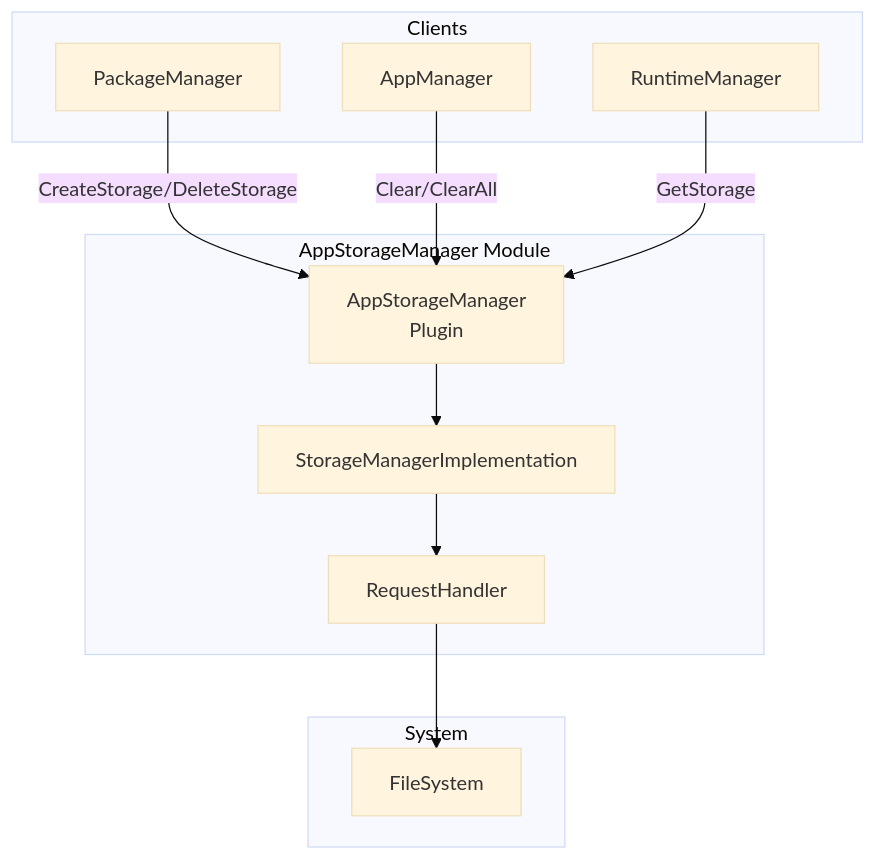
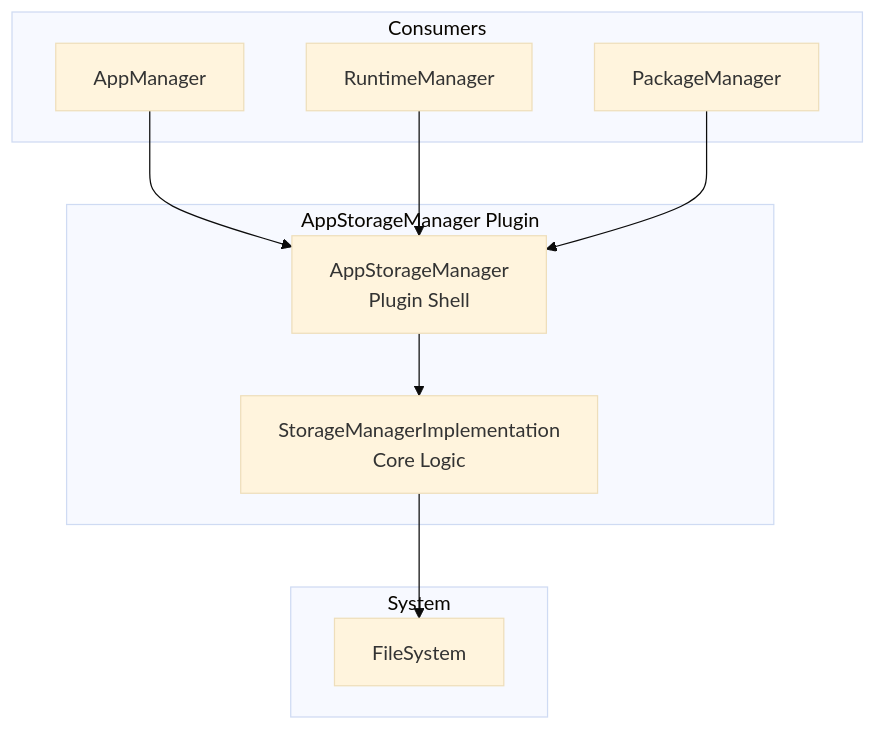
One commit to rdkcentral/entservices-appmanagers changed the first of 4 diagrams in AppStorageManager/AppStorageManager.md. Above: the diagram before and after it, drawn with Mermaid (base theme). The commit also changed other lines of this file and 19 other files, not shown here.

````diff
--- a/AppStorageManager/AppStorageManager.md
+++ b/AppStorageManager/AppStorageManager.md
@@ -25,25 +30,23 @@
 ```mermaid
 graph TB
-    subgraph "AppStorageManager Module"
-        ASM[AppStorageManager<br/>Plugin]
-        ASMI[StorageManagerImplementation]
-        RH[RequestHandler]
+    subgraph "AppStorageManager Plugin"
+        Shell[AppStorageManager<br/>Plugin Shell]
+        Impl[StorageManagerImplementation<br/>Core Logic]
     end
 
-    subgraph "Clients"
-        PM[PackageManager]
+    subgraph "Consumers"
         AM[AppManager]
         RTM[RuntimeManager]
+        PKG[PackageManager]
     end
 
     subgraph "System"
         FS[FileSystem]
     end
 
-    PM -->|CreateStorage/DeleteStorage| ASM
-    AM -->|Clear/ClearAll| ASM
-    RTM -->|GetStorage| ASM
-    ASM --> ASMI
-    ASMI --> RH
-    RH --> FS
+    AM --> Shell
+    RTM --> Shell
+    PKG --> Shell
+    Shell --> Impl
+    Impl --> FS
 ```
````
